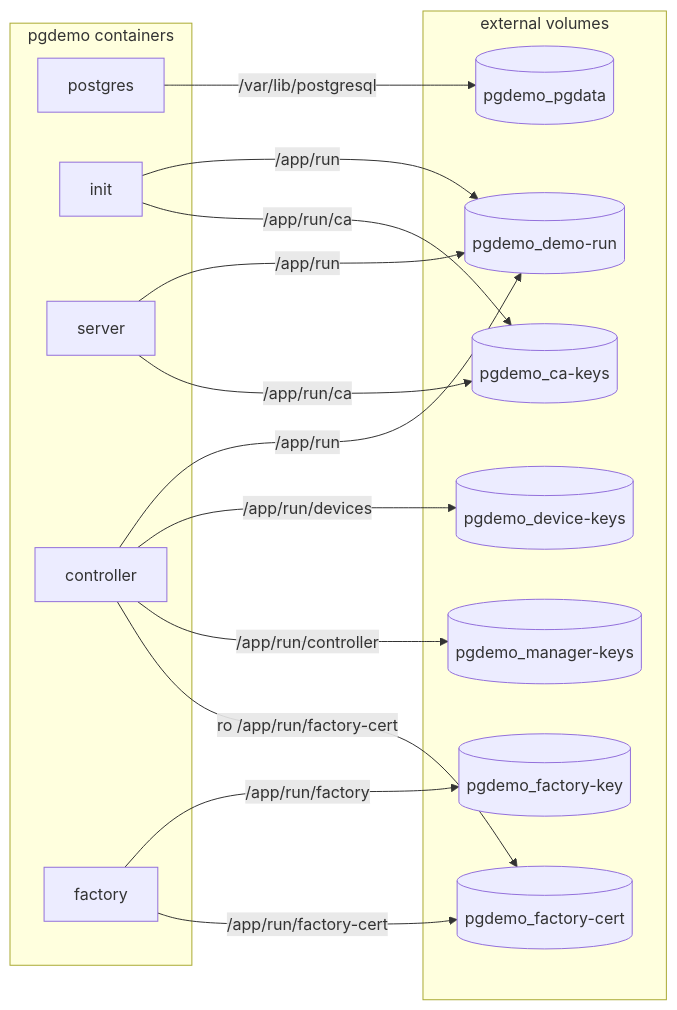
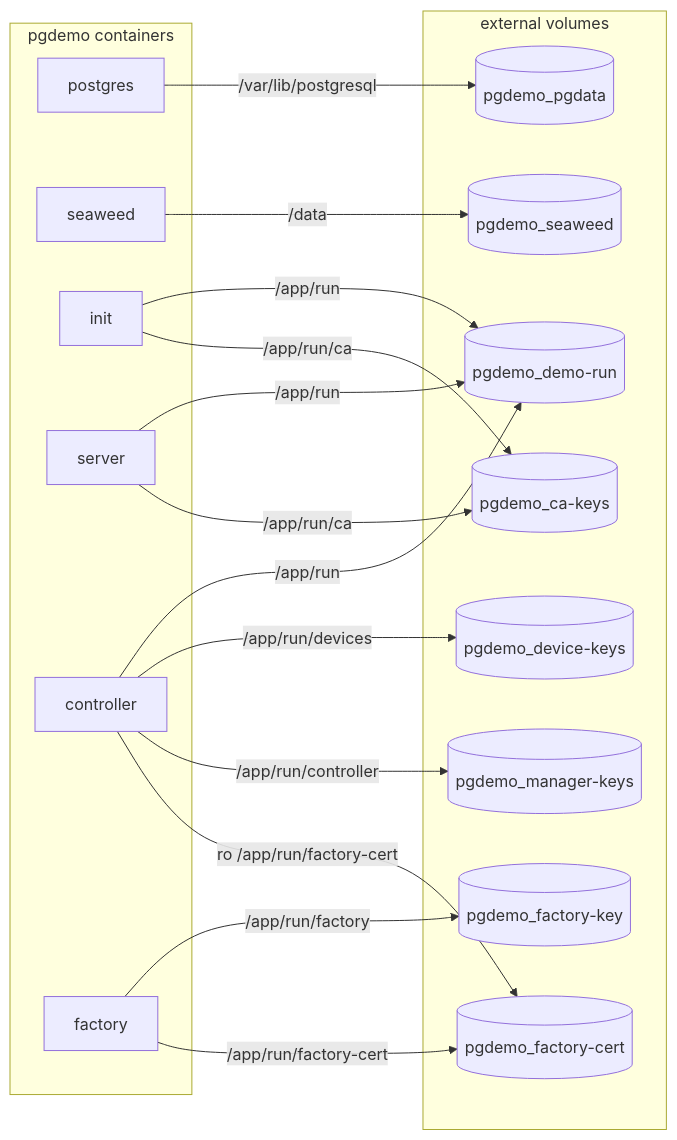
The second of 3 diagrams in docker/README.md (jgmatu/postgresql), drawn with Mermaid before and after one commit. The commit also changed other lines of this file and 4 other files, not shown here.

````diff
--- a/docker/README.md
+++ b/docker/README.md
@@ -58,30 +65,33 @@
 ```mermaid
 flowchart LR
   subgraph containers [pgdemo containers]
     postgres[postgres]
+    seaweed[seaweed]
     init[init]
     server[server]
     controller[controller]
     factory[factory]
   end
   subgraph persistent [external volumes]
     pgdata[("pgdemo_pgdata")]
+    seaweedData[("pgdemo_seaweed")]
     demoRun[("pgdemo_demo-run")]
     caKeys[("pgdemo_ca-keys")]
     deviceKeys[("pgdemo_device-keys")]
     factoryKey[("pgdemo_factory-key")]
     factoryCert[("pgdemo_factory-cert")]
     managerKeys[("pgdemo_manager-keys")]
   end
   postgres -->|"/var/lib/postgresql"| pgdata
+  seaweed -->|"/data"| seaweedData
   init -->|"/app/run"| demoRun
   server -->|"/app/run"| demoRun
   controller -->|"/app/run"| demoRun
   init -->|"/app/run/ca"| caKeys
   server -->|"/app/run/ca"| caKeys
   controller -->|"/app/run/devices"| deviceKeys
   controller -->|"/app/run/controller"| managerKeys
   controller -->|"ro /app/run/factory-cert"| factoryCert
   factory -->|"/app/run/factory"| factoryKey
   factory -->|"/app/run/factory-cert"| factoryCert
 ```
````
